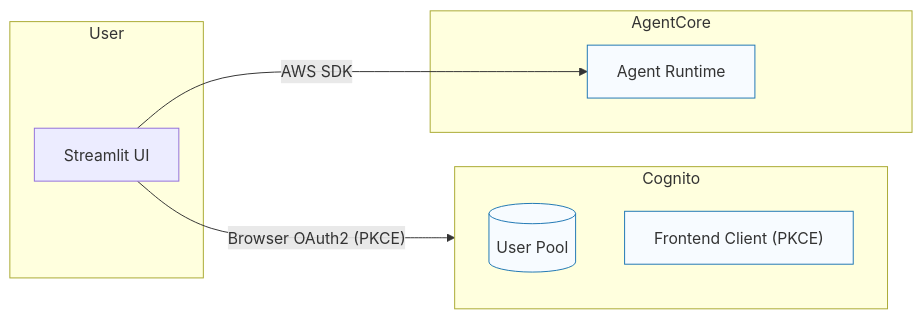
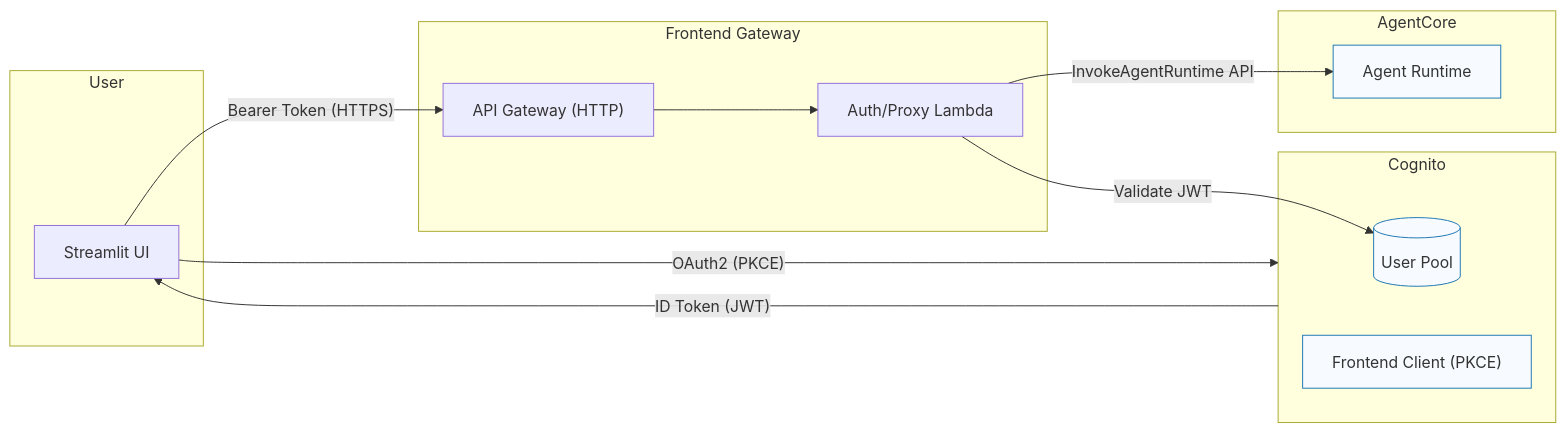
One commit to Kornienkoal/aws-agentcore-enterprise-toolkit changed the diagram in docs/diagrams/frontend.mmd. Above: the diagram before and after it, drawn with Mermaid. The commit also changed 3 other files, not shown here.

Commit message:
feat: Update architecture diagrams to reflect Frontend Gateway integration and JWT validation flow

```diff
--- a/docs/diagrams/frontend.mmd
+++ b/docs/diagrams/frontend.mmd
@@ -1,21 +1,30 @@
 %% Frontend (Streamlit)
 
 flowchart LR
   subgraph User[User]
     UI[Streamlit UI]
   end
 
   subgraph Cognito[Cognito]
     UP[("User Pool")]
     FE["Frontend Client (PKCE)"]
   end
 
+  subgraph Gateway[Frontend Gateway]
+    APIGW["API Gateway (HTTP)"]
+    Lambda["Auth/Proxy Lambda"]
+  end
+
   subgraph AgentCore[AgentCore]
     RT[Agent Runtime]
   end
 
-  UI -->|"Browser OAuth2 (PKCE)"| Cognito
-  UI -->|AWS SDK| RT
+  UI -->|"OAuth2 (PKCE)"| Cognito
+  Cognito -->|"ID Token (JWT)"| UI
+  UI -->|"Bearer Token (HTTPS)"| APIGW
+  APIGW --> Lambda
+  Lambda -->|"Validate JWT"| UP
+  Lambda -->|"InvokeAgentRuntime API"| RT
 
   classDef aws fill:#f7fbff,stroke:#1f77b4,stroke-width:1px
   class UP,FE,RT aws
```
